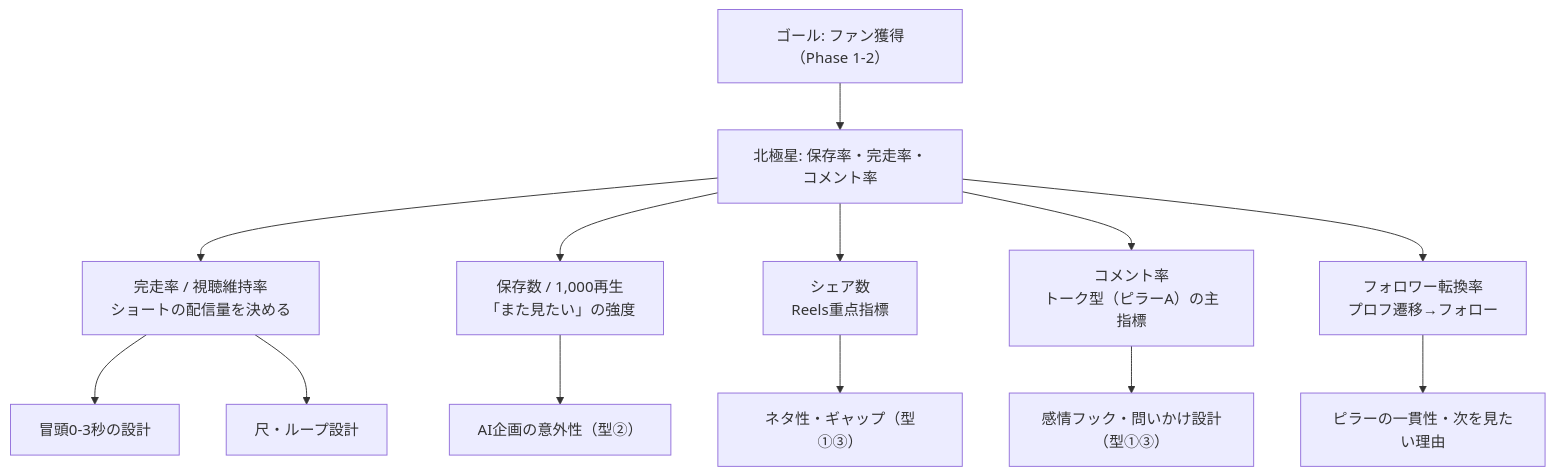
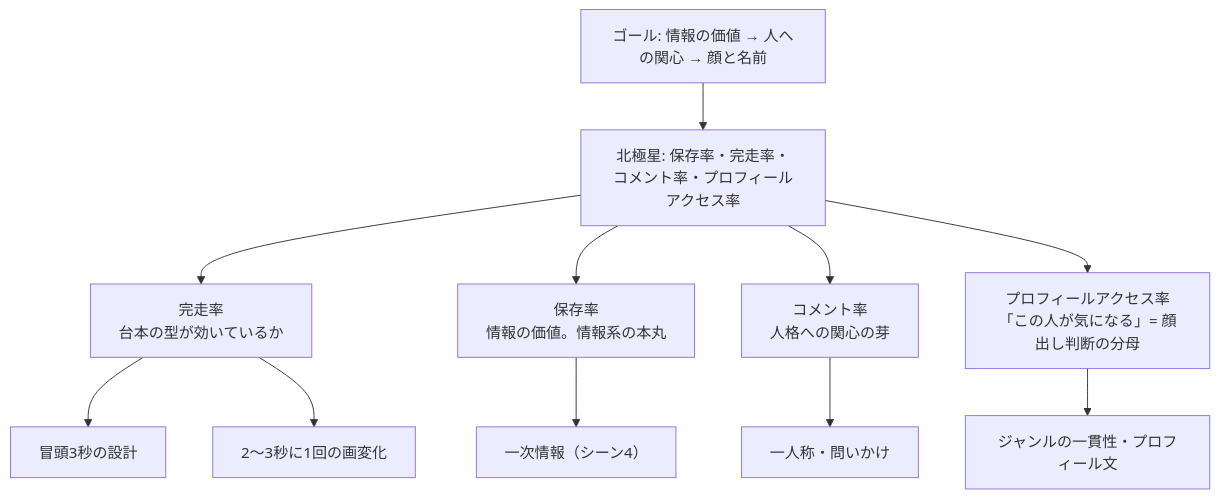
Before and after one commit to bashaka-sawabe/personal-sns-operation: the diagram in docs/06_KPI・運用.md, drawn with Mermaid. The commit also changed other lines of this file and 10 other files, not shown here.

````diff
--- a/docs/06_KPI・運用.md
+++ b/docs/06_KPI・運用.md
@@ -9,15 +10,13 @@
 ```mermaid
 flowchart TD
-    G["ゴール: ファン獲得（Phase 1-2）"] --> N["北極星: 保存率・完走率・コメント率"]
-    N --> K1["完走率 / 視聴維持率<br/>ショートの配信量を決める"]
-    N --> K2["保存数 / 1,000再生<br/>「また見たい」の強度"]
-    N --> K3["シェア数<br/>Reels重点指標"]
-    K1 --> S1["冒頭0-3秒の設計"]
-    K1 --> S2["尺・ループ設計"]
-    K2 --> S3["AI企画の意外性（型②）"]
-    K3 --> S4["ネタ性・ギャップ（型①③）"]
-    N --> K4["コメント率<br/>トーク型（ピラーA）の主指標"]
-    K4 --> S6["感情フック・問いかけ設計（型①③）"]
-    N --> F["フォロワー転換率<br/>プロフ遷移→フォロー"]
-    F --> S5["ピラーの一貫性・次を見たい理由"]
+    G["ゴール: 情報の価値 → 人への関心 → 顔と名前"] --> N["北極星: 保存率・完走率・コメント率・プロフィールアクセス率"]
+    N --> K1["完走率<br/>台本の型が効いているか"]
+    N --> K2["保存率<br/>情報の価値。情報系の本丸"]
+    N --> K3["コメント率<br/>人格への関心の芽"]
+    N --> K4["プロフィールアクセス率<br/>「この人が気になる」= 顔出し判断の分母"]
+    K1 --> S1["冒頭3秒の設計"]
+    K1 --> S2["2〜3秒に1回の画変化"]
+    K2 --> S3["一次情報（シーン4）"]
+    K3 --> S4["一人称・問いかけ"]
+    K4 --> S5["ジャンルの一貫性・プロフィール文"]
 ```
````
